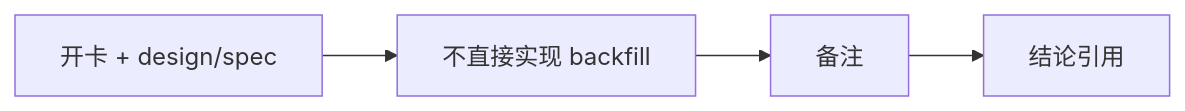
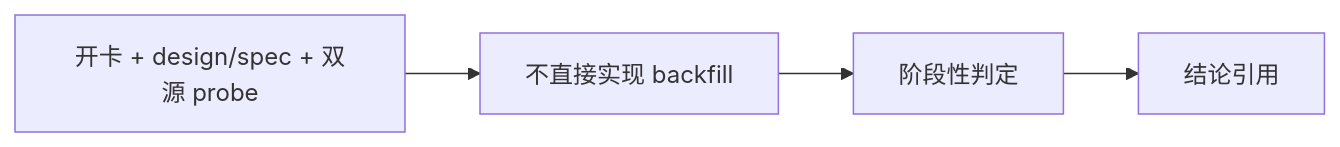
One commit to everything-is-simple/lifespan-0.01 changed the diagram in docs/03-execution/records/70-historical-objective-profile-backfill-source-selection-and-governance-record-20260415.md. Above: the diagram before and after it, drawn with Mermaid. The commit also changed other lines of this file and 1 other file, not shown here.

Commit message:
docs: record initial objective source probe findings

````diff
--- a/docs/03-execution/records/70-historical-objective-profile-backfill-source-selection-and-governance-record-20260415.md
+++ b/docs/03-execution/records/70-historical-objective-profile-backfill-source-selection-and-governance-record-20260415.md
@@ -26,6 +32,6 @@
 ```mermaid
 flowchart LR
-    STEP["开卡 + design/spec"] --> DEV["不直接实现 backfill"]
-    DEV --> NOTE[备注]
+    STEP["开卡 + design/spec + 双源 probe"] --> DEV["不直接实现 backfill"]
+    DEV --> NOTE["阶段性判定"]
     NOTE --> CON[结论引用]
 ```
````
